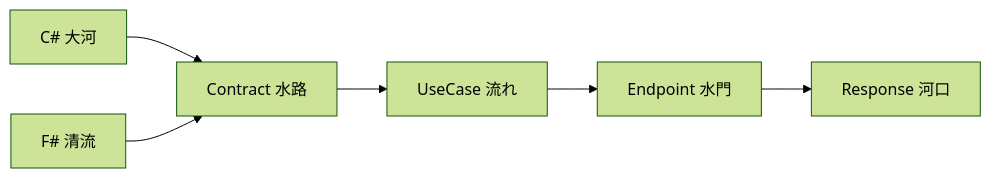
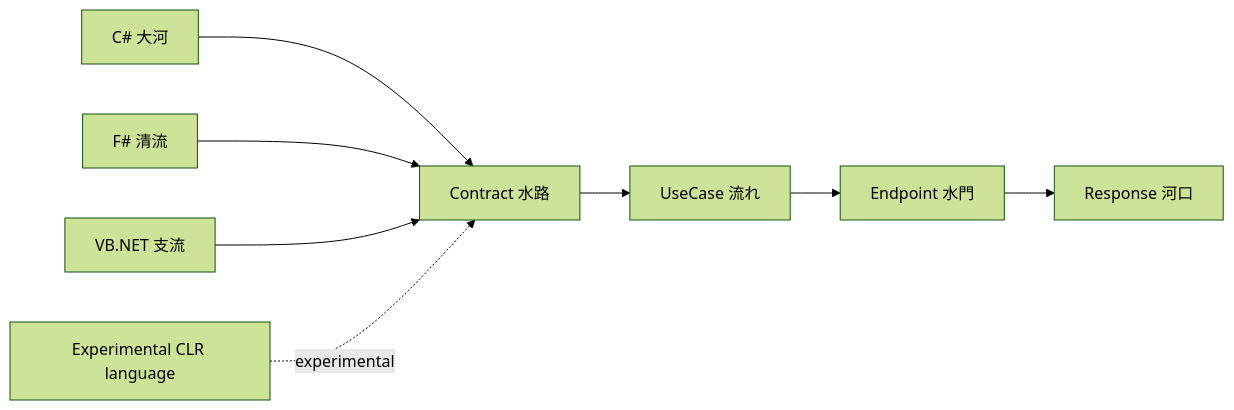
Diagram 17 of 23 in docs/design-principles.ja.md (huideyeren/Kawa), drawn with Mermaid (forest theme) before and after one commit. The commit also changed other lines of this file and 13 other files, not shown here.

````diff
--- a/docs/design-principles.ja.md
+++ b/docs/design-principles.ja.md
@@ -772,8 +835,10 @@
 ```mermaid
 flowchart LR
     CSharp[C# 大河] --> Contract[Contract 水路]
     FSharp[F# 清流] --> Contract
+    VB[VB.NET 支流] --> Contract
+    Experimental[Experimental CLR language] -.experimental.-> Contract
     Contract --> UseCase[UseCase 流れ]
     UseCase --> Endpoint[Endpoint 水門]
     Endpoint --> Response[Response 河口]
 ```
````
